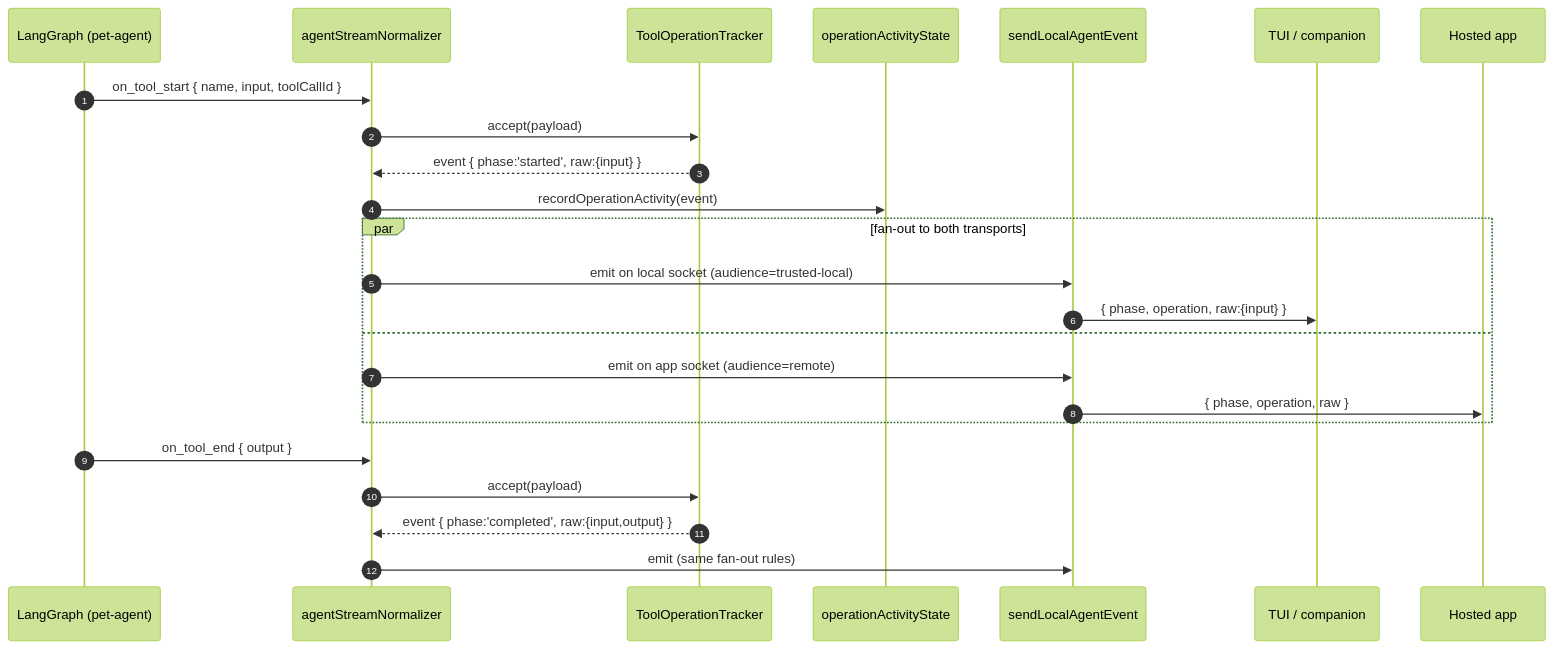
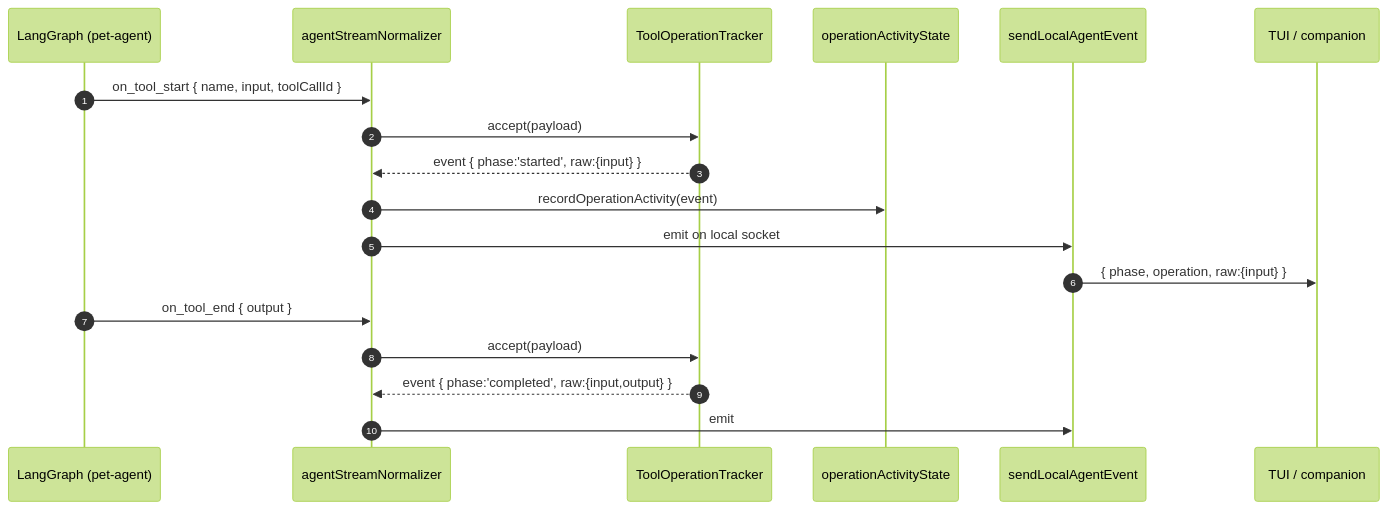
The second of 2 diagrams in services/local-agent/docs/local-agent-events.md (pinpawo/pinpawo-agent), drawn with Mermaid (forest theme) before and after one commit. The commit also changed other lines of this file and 33 other files, not shown here.

First line of the commit message:
refactor(local-agent): drop the hosted-app relay and the Hasura layer

````diff
--- a/services/local-agent/docs/local-agent-events.md
+++ b/services/local-agent/docs/local-agent-events.md
@@ -77,28 +69,22 @@
 ```mermaid
 sequenceDiagram
   autonumber
   participant Graph as LangGraph (pet-agent)
   participant Norm as agentStreamNormalizer
   participant Track as ToolOperationTracker
   participant Act as operationActivityState
   participant Send as sendLocalAgentEvent
   participant Local as TUI / companion
-  participant App as Hosted app
 
   Graph->>Norm: on_tool_start { name, input, toolCallId }
   Norm->>Track: accept(payload)
   Track-->>Norm: event { phase:'started', raw:{input} }
   Norm->>Act: recordOperationActivity(event)
-  par fan-out to both transports
-    Norm->>Send: emit on local socket (audience=trusted-local)
-    Send->>Local: { phase, operation, raw:{input} }
-  and
-    Norm->>Send: emit on app socket (audience=remote)
-    Send->>App: { phase, operation, raw }
-  end
+  Norm->>Send: emit on local socket
+  Send->>Local: { phase, operation, raw:{input} }
 
   Graph->>Norm: on_tool_end { output }
   Norm->>Track: accept(payload)
   Track-->>Norm: event { phase:'completed', raw:{input,output} }
-  Norm->>Send: emit (same fan-out rules)
+  Norm->>Send: emit
 ```
````
